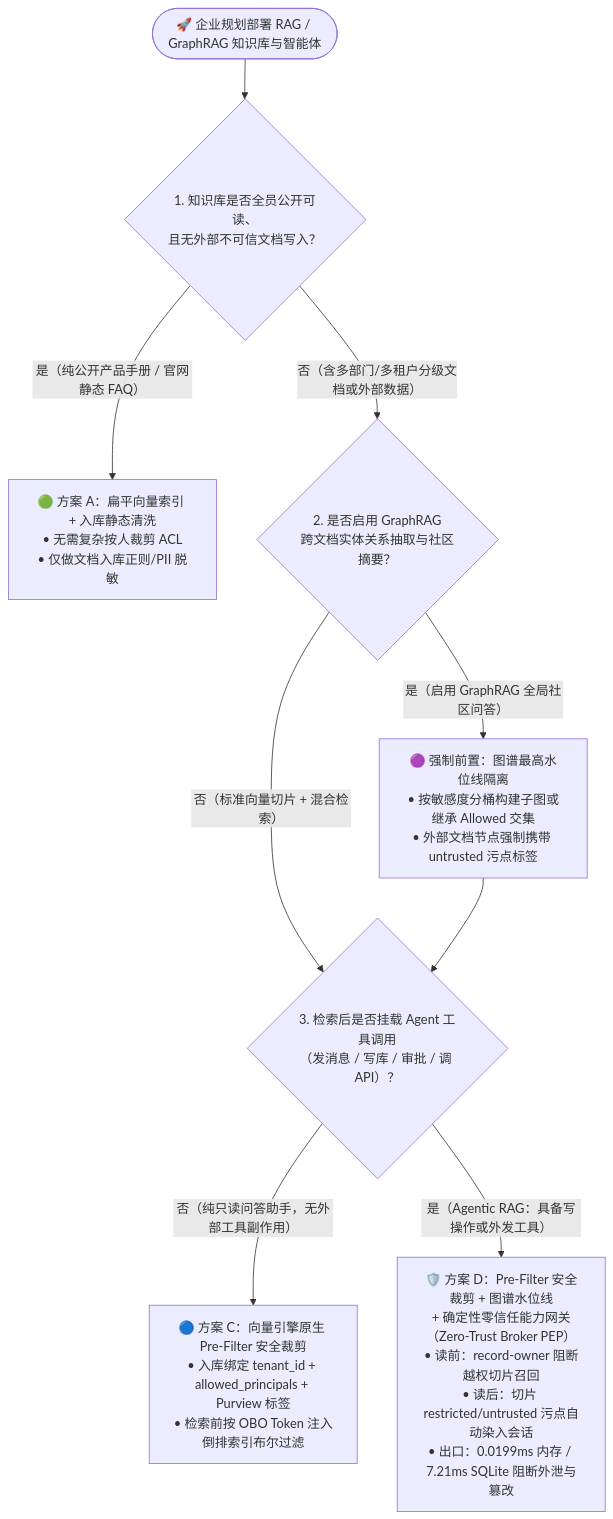
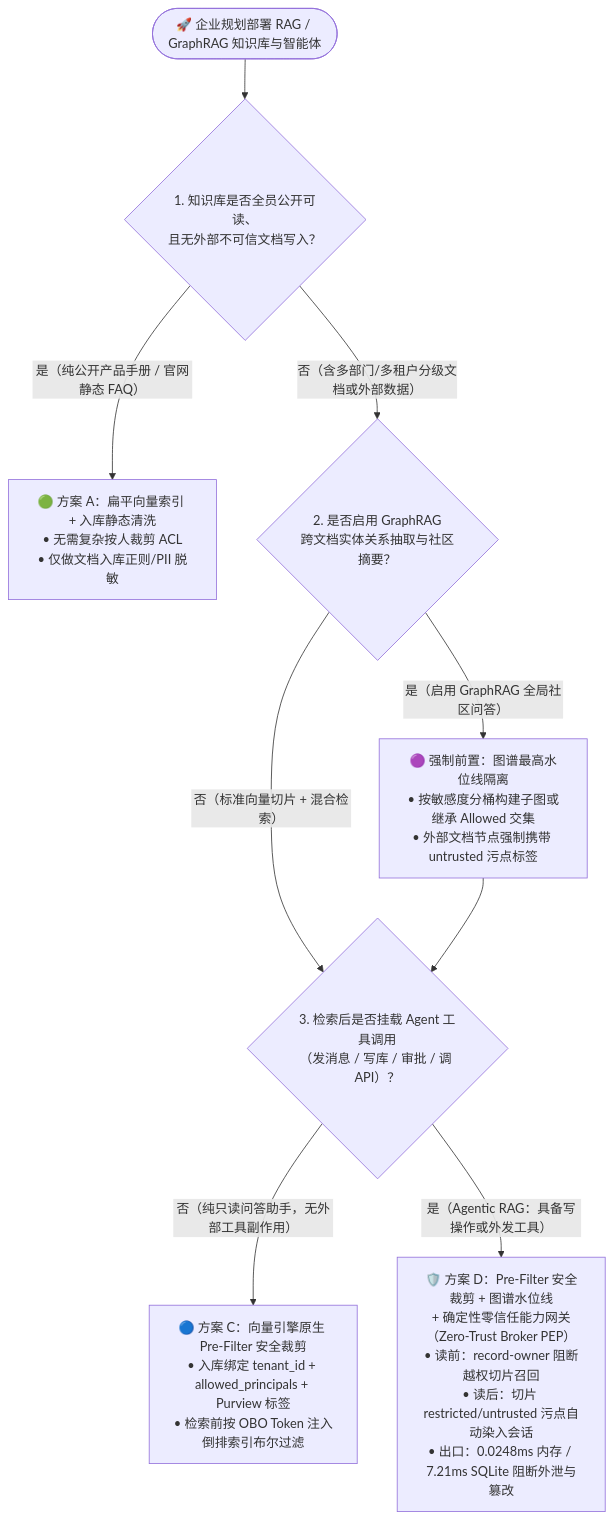
Before and after one commit to turbo998/turbo998.github.io: the first of 3 diagrams in workshops/ai-security/rag-indirect-injection-and-vector-acl-selection-faq.md, drawn with Mermaid. The commit also changed other lines of this file and 26 other files, not shown here.

````diff
--- a/workshops/ai-security/rag-indirect-injection-and-vector-acl-selection-faq.md
+++ b/workshops/ai-security/rag-indirect-injection-and-vector-acl-selection-faq.md
@@ -72,15 +72,15 @@
 ```mermaid
 flowchart TD
     Start(["🚀 企业规划部署 RAG / GraphRAG 知识库与智能体"]) --> Q_Public{"1. 知识库是否全员公开可读、\n且无外部不可信文档写入？"}
     
     Q_Public -- "是（纯公开产品手册 / 官网静态 FAQ）" --> PlanA["🟢 方案 A：扁平向量索引 + 入库静态清洗\n• 无需复杂按人裁剪 ACL\n• 仅做文档入库正则/PII 脱敏"]
     Q_Public -- "否（含多部门/多租户分级文档或外部数据）" --> Q_Graph{"2. 是否启用 GraphRAG\n跨文档实体关系抽取与社区摘要？"}
     
     Q_Graph -- "否（标准向量切片 + 混合检索）" --> Q_Agent{"3. 检索后是否挂载 Agent 工具调用\n（发消息 / 写库 / 审批 / 调 API）？"}
     Q_Graph -- "是（启用 GraphRAG 全局社区问答）" --> Plan_Graph["🟣 强制前置：图谱最高水位线隔离\n• 按敏感度分桶构建子图或继承 Allowed 交集\n• 外部文档节点强制携带 untrusted 污点标签"]
     
     Plan_Graph --> Q_Agent
     
     Q_Agent -- "否（纯只读问答助手，无外部工具副作用）" --> PlanC["🔵 方案 C：向量引擎原生 Pre-Filter 安全裁剪\n• 入库绑定 tenant_id + allowed_principals + Purview 标签\n• 检索前按 OBO Token 注入倒排索引布尔过滤"]
-    Q_Agent -- "是（Agentic RAG：具备写操作或外发工具）" --> PlanD["🛡️ 方案 D：Pre-Filter 安全裁剪 + 图谱水位线\n+ 确定性零信任能力网关（Zero-Trust Broker PEP）\n• 读前：record-owner 阻断越权切片召回\n• 读后：切片 restricted/untrusted 污点自动染入会话\n• 出口：0.0199ms 内存 / 7.21ms SQLite 阻断外泄与篡改"]
+    Q_Agent -- "是（Agentic RAG：具备写操作或外发工具）" --> PlanD["🛡️ 方案 D：Pre-Filter 安全裁剪 + 图谱水位线\n+ 确定性零信任能力网关（Zero-Trust Broker PEP）\n• 读前：record-owner 阻断越权切片召回\n• 读后：切片 restricted/untrusted 污点自动染入会话\n• 出口：0.0248ms 内存 / 7.21ms SQLite 阻断外泄与篡改"]
 ```
````
